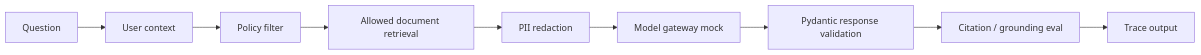
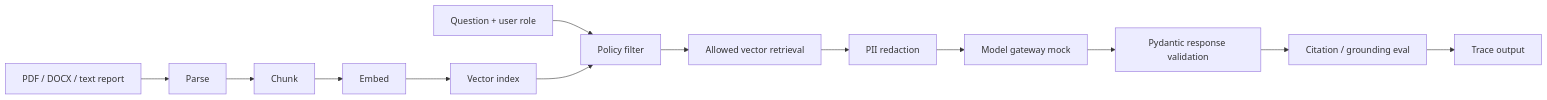
The diagram in README.md (gautamrastogi/careshield-knowledge-assistant), drawn with Mermaid before and after one commit. The commit also changed other lines of this file and 15 other files, not shown here.

Commit message:
Add document ingestion and vector retrieval

````diff
--- a/README.md
+++ b/README.md
@@ -31,11 +33,15 @@
 ```mermaid
 flowchart LR
-    A[Question] --> B[User context]
-    B --> C[Policy filter]
-    C --> D[Allowed document retrieval]
-    D --> E[PII redaction]
-    E --> F[Model gateway mock]
-    F --> G[Pydantic response validation]
-    G --> H[Citation / grounding eval]
-    H --> I[Trace output]
+    A[PDF / DOCX / text report] --> B[Parse]
+    B --> C[Chunk]
+    C --> D[Embed]
+    D --> E[Vector index]
+    F[Question + user role] --> G[Policy filter]
+    E --> G
+    G --> H[Allowed vector retrieval]
+    H --> I[PII redaction]
+    I --> J[Model gateway mock]
+    J --> K[Pydantic response validation]
+    K --> L[Citation / grounding eval]
+    L --> M[Trace output]
 ```
````
